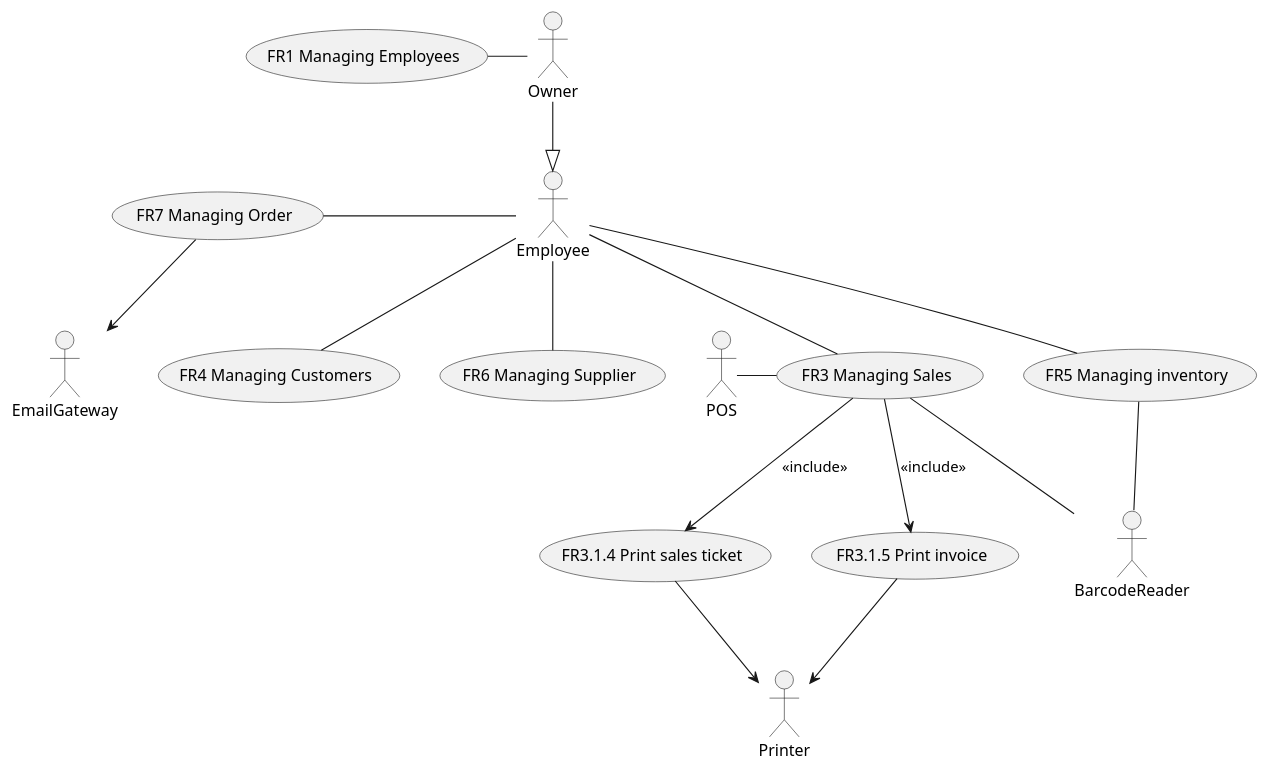
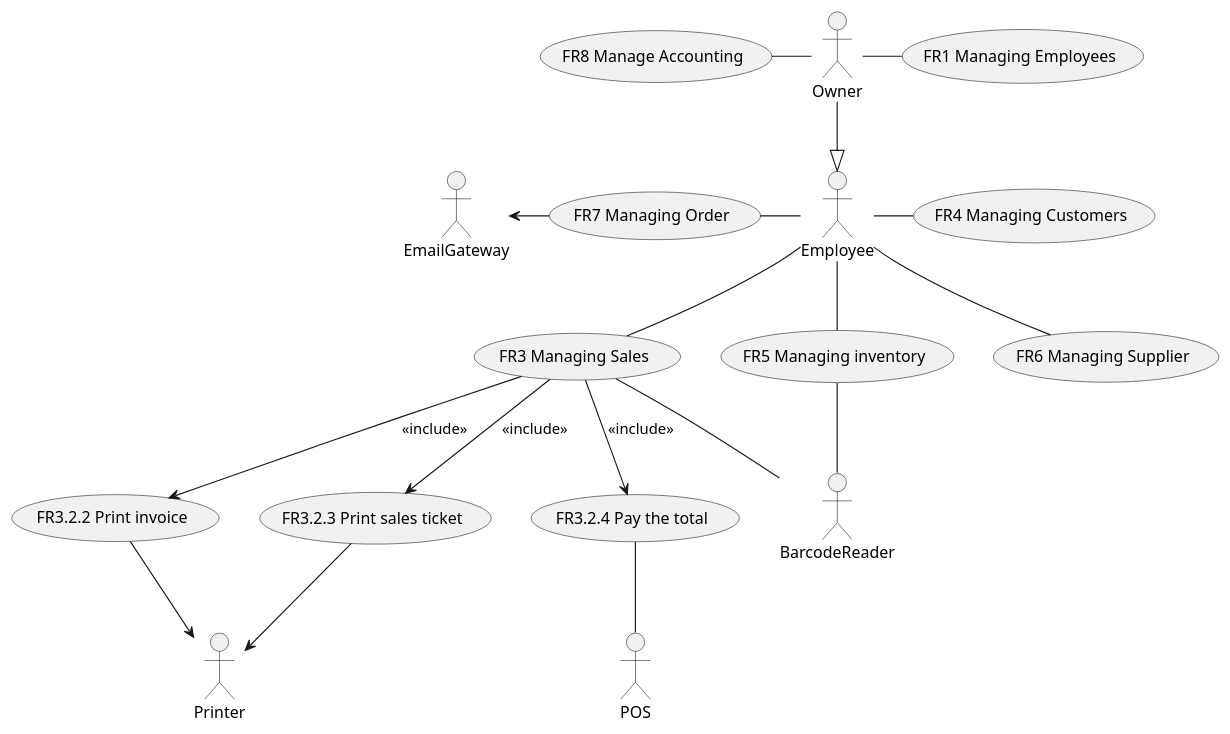
The second of 2 diagrams in Deliverables/RequirementsDocument.md (thegabriele97/EzShop), drawn with PlantUML before and after one commit. The commit also changed other lines of this file, not shown here.

Commit message:
docs: updated FR, context diagram

````diff
--- a/Deliverables/RequirementsDocument.md
+++ b/Deliverables/RequirementsDocument.md
@@ -159,41 +162,46 @@
 ```plantuml
 Actor Owner
 Actor Employee
 
 Actor Printer
 Actor POS 
 Actor BarcodeReader
 Actor EmailGateway
 
 usecase "FR1 Managing Employees" as mngemploye
 usecase "FR3 Managing Sales" as mngsales
 usecase "FR4 Managing Customers" as mngCustomers
 usecase "FR5 Managing inventory" as mnginventory
 usecase "FR6 Managing Supplier" as mngsupplier
 usecase "FR7 Managing Order" as mngorder
+usecase "FR8 Manage Accounting" as mngaccounting
 
-usecase "FR3.1.4 Print sales ticket" as printicket
-usecase "FR3.1.5 Print invoice" as printinvoce
+usecase "FR3.2.2 Print invoice" as printinvoce
+usecase "FR3.2.3 Print sales ticket" as printicket
+usecase "FR3.2.4 Pay the total" as paytotal
 
 Owner -down-|> Employee
 
-Owner -left- mngemploye
+Owner -right- mngemploye
+Owner -left- mngaccounting
 Employee -- mngsales
 
 mngsales --> printicket : <<include>>
 mngsales --> printinvoce : <<include>>
-mngsales -left- POS
+mngsales --> paytotal : <<include>>
 mngsales -right- BarcodeReader
+
+paytotal -- POS
 
 printicket --> Printer
 printinvoce --> Printer
 
-Employee -- mngCustomers
+Employee -right- mngCustomers
 Employee -- mngsupplier
 
 Employee -- mnginventory
 mnginventory -- BarcodeReader
 
 Employee -left- mngorder
-mngorder -down-> EmailGateway
+mngorder -left-> EmailGateway
 ```
````
